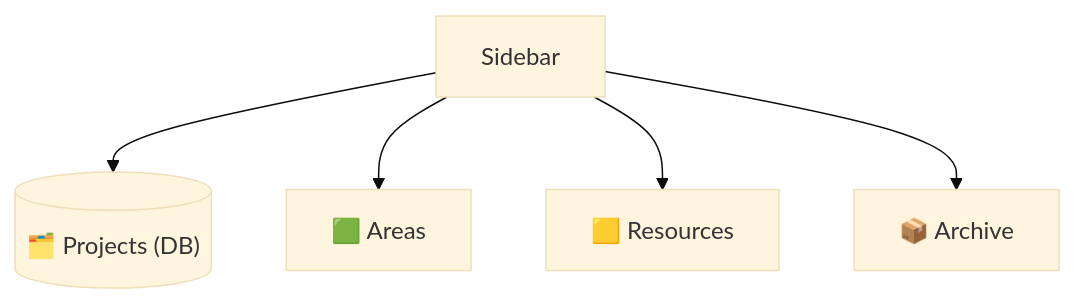
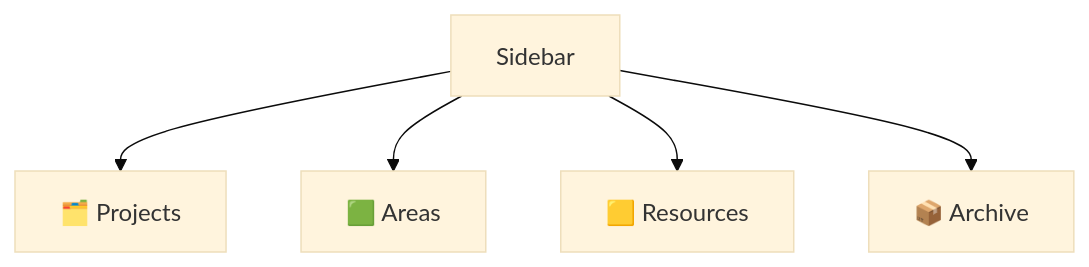
The sixth of 12 diagrams in workflow/personal_productivity_system.md (dcop7/tips_and_guides), drawn with Mermaid (base theme) before and after one commit. The commit also changed other lines of this file, not shown here.

````diff
--- a/workflow/personal_productivity_system.md
+++ b/workflow/personal_productivity_system.md
@@ -327,7 +328,7 @@
 ```mermaid
 graph TD
-    Sidebar --> Projects[("🗂️ Projects (DB)")]
+    Sidebar --> Projects["🗂️ Projects"]
     Sidebar --> Areas["🟩 Areas"]
     Sidebar --> Resources["🟨 Resources"]
     Sidebar --> Archive["📦 Archive"]
 ```
````
